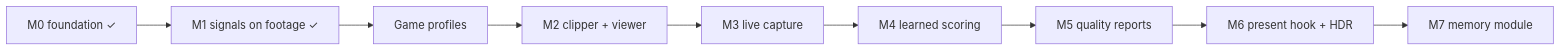
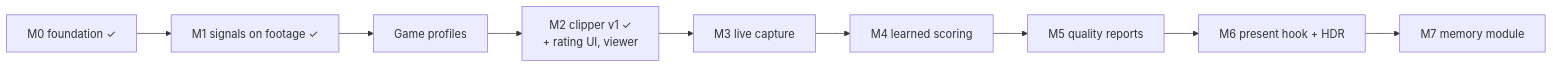
The fifth of 5 diagrams in docs/wiki/Architecture.md (Joshmh7128/Lookback), drawn with Mermaid before and after one commit. The commit also changed other lines of this file and 11 other files, not shown here.

First line of the commit message:
Docs: Clipper wiki page; Architecture, Testbench, Testing, Home, sidebar for M2

````diff
--- a/docs/wiki/Architecture.md
+++ b/docs/wiki/Architecture.md
@@ -146,5 +150,5 @@
 ```mermaid
 flowchart LR
-    M0[M0 foundation ✓] --> M1[M1 signals on footage ✓] --> GPR[Game profiles] --> M2[M2 clipper + viewer] --> M3[M3 live capture]
+    M0[M0 foundation ✓] --> M1[M1 signals on footage ✓] --> GPR[Game profiles] --> M2["M2 clipper v1 ✓<br/>+ rating UI, viewer"] --> M3[M3 live capture]
     M3 --> M4[M4 learned scoring] --> M5[M5 quality reports] --> M6[M6 present hook + HDR] --> M7[M7 memory module]
 ```
````
